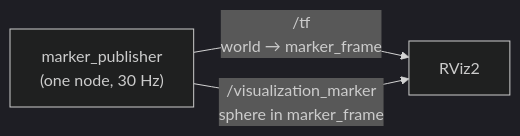
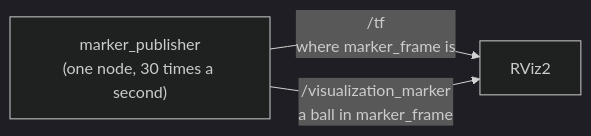
One commit to RobinNagpal/robotics-basics changed the first of 2 diagrams in docs/overview.md. Above: the diagram before and after it, drawn with Mermaid (dark theme). The commit also changed other lines of this file and 1 other file, not shown here.

````diff
--- a/docs/overview.md
+++ b/docs/overview.md
@@ -96,6 +146,6 @@
 ```mermaid
 flowchart LR
-    N["marker_publisher<br/>(one node, 30 Hz)"]
-    N -->|"/tf<br/>world → marker_frame"| R["RViz2"]
-    N -->|"/visualization_marker<br/>sphere in marker_frame"| R
+    N["marker_publisher<br/>(one node, 30 times a second)"]
+    N -->|"/tf<br/>where marker_frame is"| R["RViz2"]
+    N -->|"/visualization_marker<br/>a ball in marker_frame"| R
 ```
````
